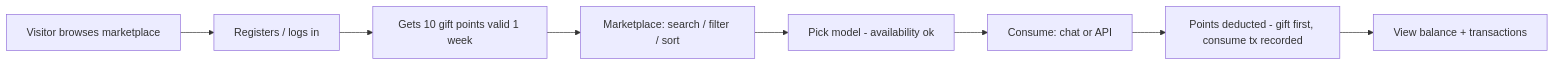
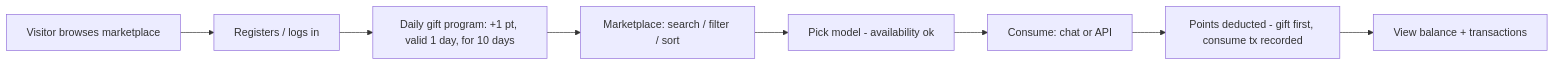
Before and after one commit to argszero/aitokenpool: the second of 6 diagrams in docs/user-stories.md, drawn with Mermaid. The commit also changed other lines of this file, not shown here.

Commit message:
docs: revise newcomer gift to daily 1pt/1day for 10 days (v1.4) (#14)

````diff
--- a/docs/user-stories.md
+++ b/docs/user-stories.md
@@ -107,10 +108,10 @@
 ```mermaid
 flowchart LR
   A[Visitor browses marketplace] --> B[Registers / logs in]
-  B --> C[Gets 10 gift points valid 1 week]
+  B --> C[Daily gift program: +1 pt, valid 1 day, for 10 days]
   C --> D[Marketplace: search / filter / sort]
   D --> E[Pick model - availability ok]
   E --> F[Consume: chat or API]
   F --> G[Points deducted - gift first, consume tx recorded]
   G --> H[View balance + transactions]
 ```
````
